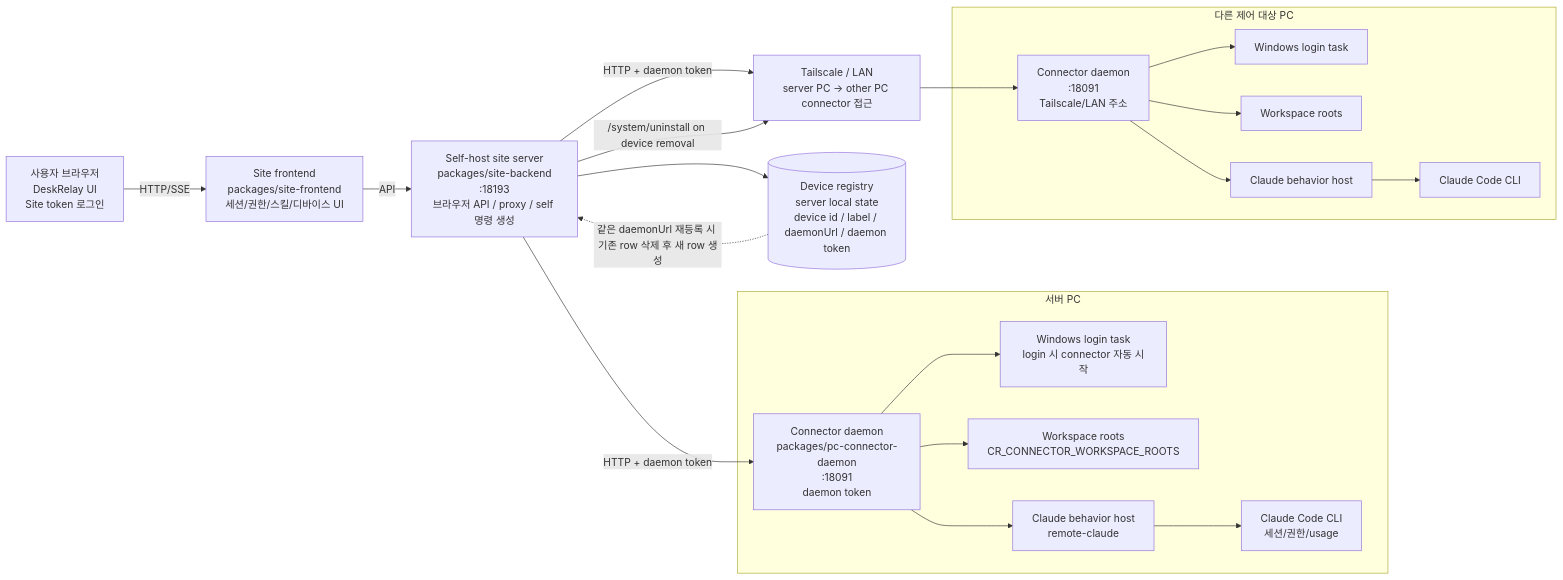
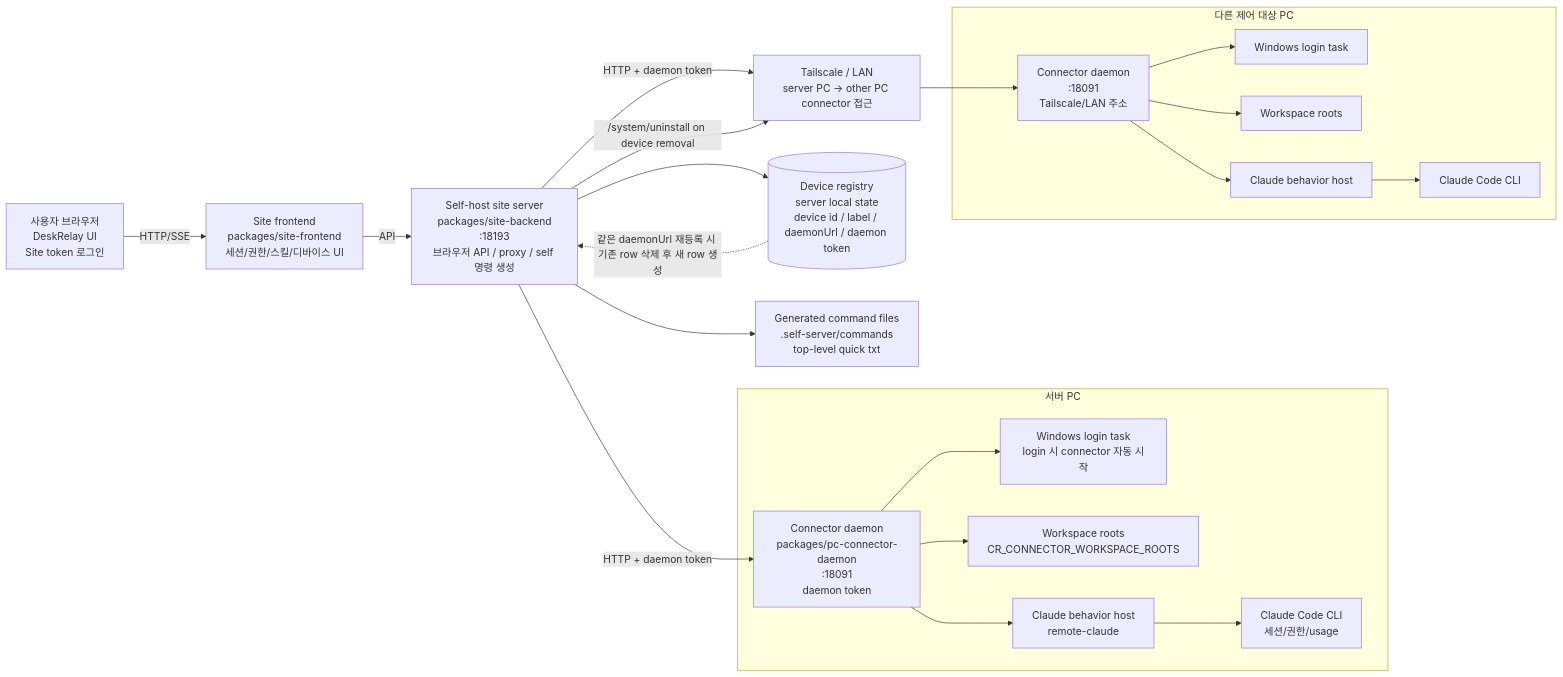
Before and after one commit to darkhtk/deskrelay: the first of 4 diagrams in README.md, drawn with Mermaid. The commit also changed other lines of this file, not shown here.

Commit message:
Update self-host README operations

````diff
--- a/README.md
+++ b/README.md
@@ -64,45 +92,47 @@
 ```mermaid
 flowchart LR
   Browser["사용자 브라우저<br/>DeskRelay UI<br/>Site token 로그인"]
   Frontend["Site frontend<br/>packages/site-frontend<br/>세션/권한/스킬/디바이스 UI"]
   Server["Self-host site server<br/>packages/site-backend<br/>:18193<br/>브라우저 API / proxy / self 명령 생성"]
   Registry[("Device registry<br/>server local state<br/>device id / label / daemonUrl / daemon token")]
+  Commands["Generated command files<br/>.self-server/commands<br/>top-level quick txt"]
 
   subgraph ServerPC["서버 PC"]
     ServerConnector["Connector daemon<br/>packages/pc-connector-daemon<br/>:18091<br/>daemon token"]
     ServerTask["Windows login task<br/>login 시 connector 자동 시작"]
     ServerWorkspace["Workspace roots<br/>CR_CONNECTOR_WORKSPACE_ROOTS"]
     ServerBehavior["Claude behavior host<br/>remote-claude"]
     ServerClaude["Claude Code CLI<br/>세션/권한/usage"]
   end
 
   subgraph OtherPC["다른 제어 대상 PC"]
     OtherConnector["Connector daemon<br/>:18091<br/>Tailscale/LAN 주소"]
     OtherTask["Windows login task"]
     OtherWorkspace["Workspace roots"]
     OtherBehavior["Claude behavior host"]
     OtherClaude["Claude Code CLI"]
   end
 
   Network["Tailscale / LAN<br/>server PC -> other PC connector 접근"]
 
   Browser -->|"HTTP/SSE"| Frontend
   Frontend -->|"API"| Server
   Server --> Registry
+  Server --> Commands
   Server -->|"HTTP + daemon token"| ServerConnector
   Server -->|"HTTP + daemon token"| Network
   Server -->|"/system/uninstall on device removal"| Network
   Network --> OtherConnector
 
   ServerConnector --> ServerTask
   ServerConnector --> ServerWorkspace
   ServerConnector --> ServerBehavior
   ServerBehavior --> ServerClaude
 
   OtherConnector --> OtherTask
   OtherConnector --> OtherWorkspace
   OtherConnector --> OtherBehavior
   OtherBehavior --> OtherClaude
 
   Registry -. "같은 daemonUrl 재등록 시 기존 row 삭제 후 새 row 생성" .-> Server
 ```
````
